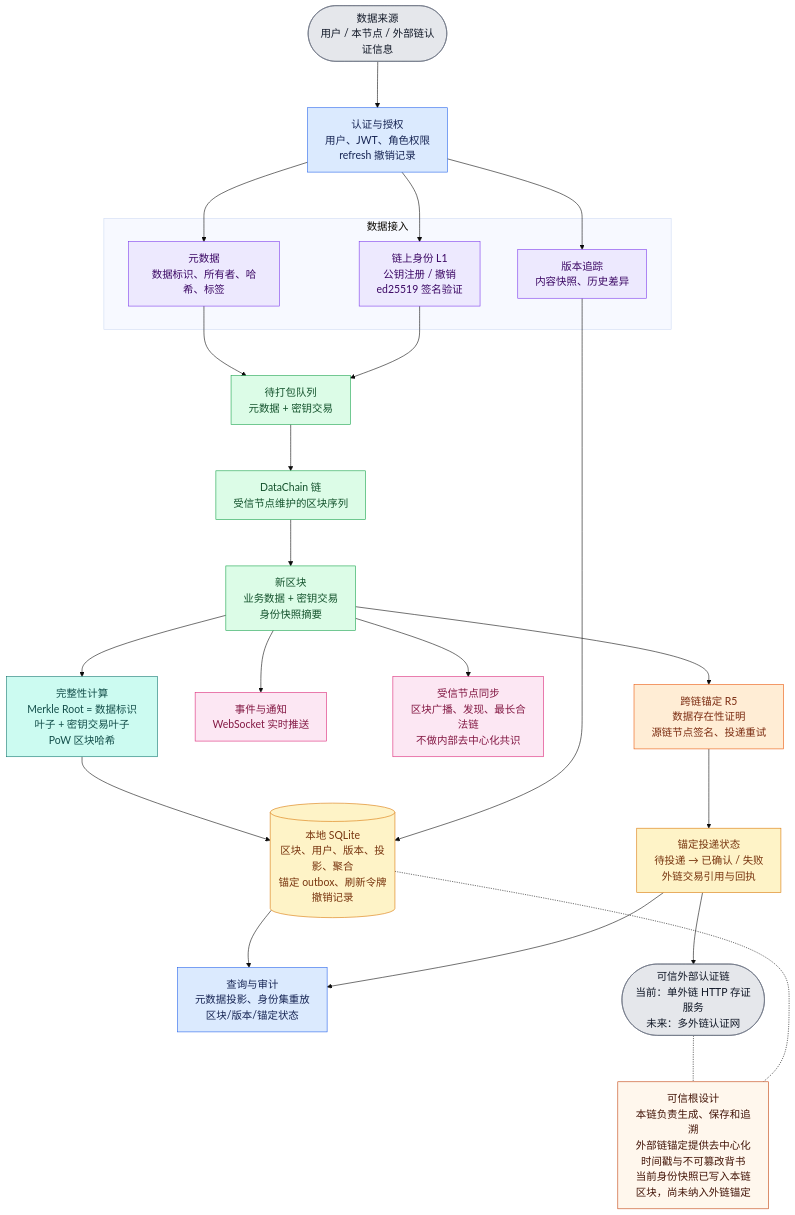
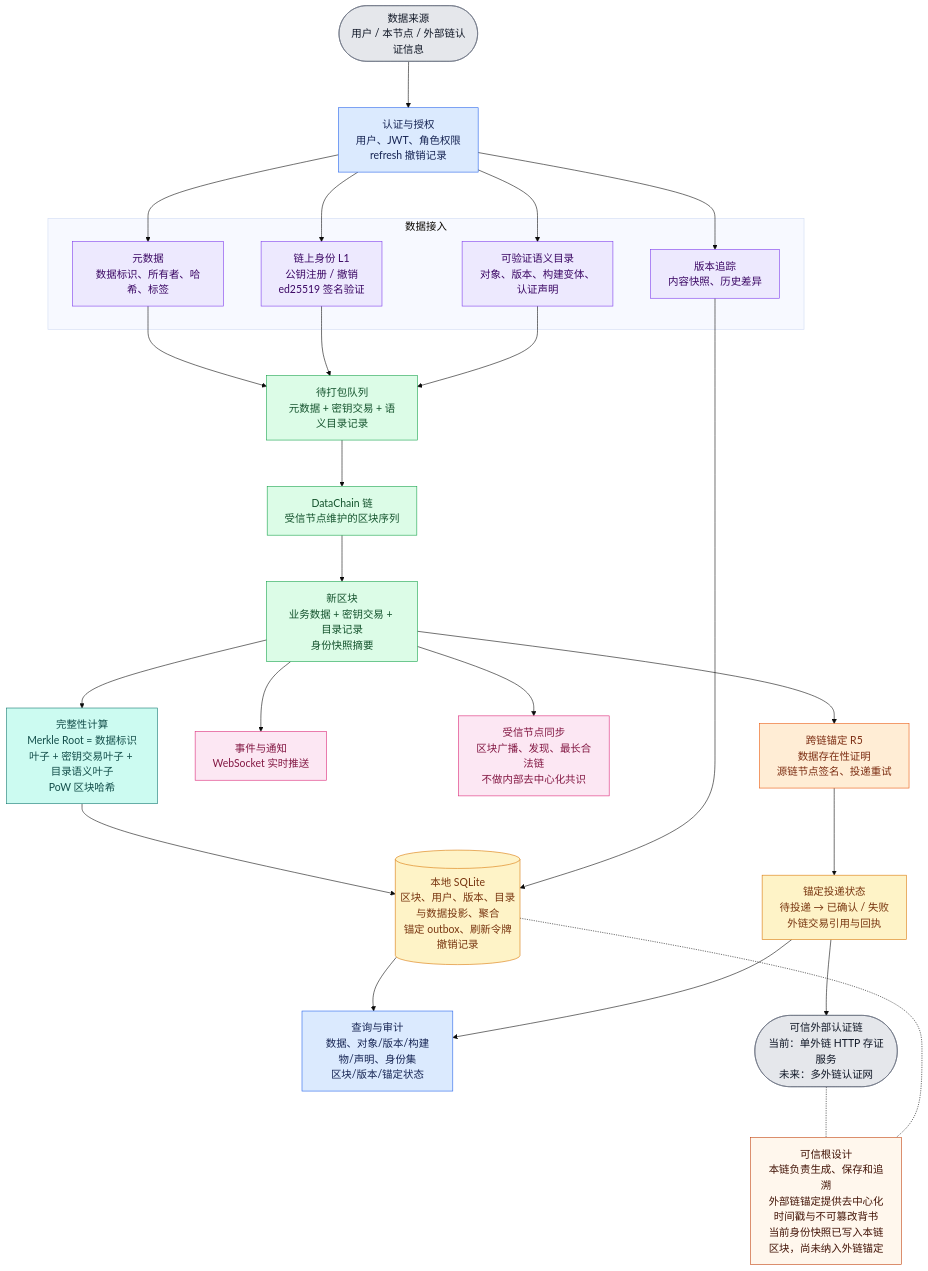
Before and after one commit to heweixi/VeraChain: the diagram in docs/FLOW-0-simple.mmd, drawn with Mermaid. The commit also changed 9 other files, not shown here.

```diff
--- a/docs/FLOW-0-simple.mmd
+++ b/docs/FLOW-0-simple.mmd
@@ -1,57 +1,60 @@
 %% DataChain Rust 全节点简略流程图(现有实现)
 %% 只保留环节职责、关键数据与关键计算,不展示接口/调用技术细节。
 %%{init: {"theme":"base","themeVariables":{"fontSize":"18px"},"flowchart":{"nodeSpacing":65,"rankSpacing":80,"curve":"basis"}}}%%
 flowchart TB
     INPUT(["数据来源<br/>用户 / 本节点 / 外部链认证信息"]):::external
 
     AUTH["认证与授权<br/>用户、JWT、角色权限<br/>refresh 撤销记录"]:::api
 
     subgraph INGEST["数据接入"]
         META["元数据<br/>数据标识、所有者、哈希、标签"]:::service
         IDENTITY["链上身份 L1<br/>公钥注册 / 撤销<br/>ed25519 签名验证"]:::service
+        CATALOG["可验证语义目录<br/>对象、版本、构建变体、认证声明"]:::service
         VERSION["版本追踪<br/>内容快照、历史差异"]:::service
     end
 
-    PENDING["待打包队列<br/>元数据 + 密钥交易"]:::core
+    PENDING["待打包队列<br/>元数据 + 密钥交易 + 语义目录记录"]:::core
     CHAIN["DataChain 链<br/>受信节点维护的区块序列"]:::core
-    BLOCK["新区块<br/>业务数据 + 密钥交易<br/>身份快照摘要"]:::core
-    INTEGRITY["完整性计算<br/>Merkle Root = 数据标识叶子 + 密钥交易叶子<br/>PoW 区块哈希"]:::compute
+    BLOCK["新区块<br/>业务数据 + 密钥交易 + 目录记录<br/>身份快照摘要"]:::core
+    INTEGRITY["完整性计算<br/>Merkle Root = 数据标识叶子 + 密钥交易叶子 + 目录语义叶子<br/>PoW 区块哈希"]:::compute
 
-    DB[("本地 SQLite<br/>区块、用户、版本、投影、聚合<br/>锚定 outbox、刷新令牌撤销记录")]:::database
-    QUERY["查询与审计<br/>元数据投影、身份集重放<br/>区块/版本/锚定状态"]:::api
+    DB[("本地 SQLite<br/>区块、用户、版本、目录与数据投影、聚合<br/>锚定 outbox、刷新令牌撤销记录")]:::database
+    QUERY["查询与审计<br/>数据、对象/版本/构建物/声明、身份集<br/>区块/版本/锚定状态"]:::api
 
     EVENT["事件与通知<br/>WebSocket 实时推送"]:::output
     P2P["受信节点同步<br/>区块广播、发现、最长合法链<br/>不做内部去中心化共识"]:::output
 
     ANCHOR["跨链锚定 R5<br/>数据存在性证明<br/>源链节点签名、投递重试"]:::anchor
     OUTBOX["锚定投递状态<br/>待投递 → 已确认 / 失败<br/>外链交易引用与回执"]:::database
     EXTCHAIN(["可信外部认证链<br/>当前：单外链 HTTP 存证服务<br/>未来：多外链认证网"]):::external
 
     INPUT --> AUTH
     AUTH --> META
     AUTH --> IDENTITY
+    AUTH --> CATALOG
     AUTH --> VERSION
     META --> PENDING
     IDENTITY --> PENDING
+    CATALOG --> PENDING
     PENDING --> CHAIN --> BLOCK --> INTEGRITY --> DB
     VERSION --> DB
 
     DB --> QUERY
     BLOCK --> EVENT
     BLOCK --> P2P
     BLOCK --> ANCHOR --> OUTBOX --> EXTCHAIN
     OUTBOX --> QUERY
 
     TRUST["可信根设计<br/>本链负责生成、保存和追溯<br/>外部链锚定提供去中心化时间戳与不可篡改背书<br/>当前身份快照已写入本链区块，尚未纳入外链锚定"]:::note
     EXTCHAIN -.- TRUST
     DB -.- TRUST
 
     classDef external fill:#e5e7eb,stroke:#6b7280,color:#111827;
     classDef api fill:#dbeafe,stroke:#2563eb,color:#172554;
     classDef service fill:#ede9fe,stroke:#7c3aed,color:#3b0764;
     classDef core fill:#dcfce7,stroke:#16a34a,color:#14532d;
     classDef compute fill:#ccfbf1,stroke:#0f766e,color:#134e4a;
     classDef database fill:#fef3c7,stroke:#d97706,color:#78350f;
     classDef output fill:#fce7f3,stroke:#db2777,color:#831843;
     classDef anchor fill:#ffedd5,stroke:#ea580c,color:#7c2d12;
     classDef note fill:#fff7ed,stroke:#c2410c,color:#431407;
```
